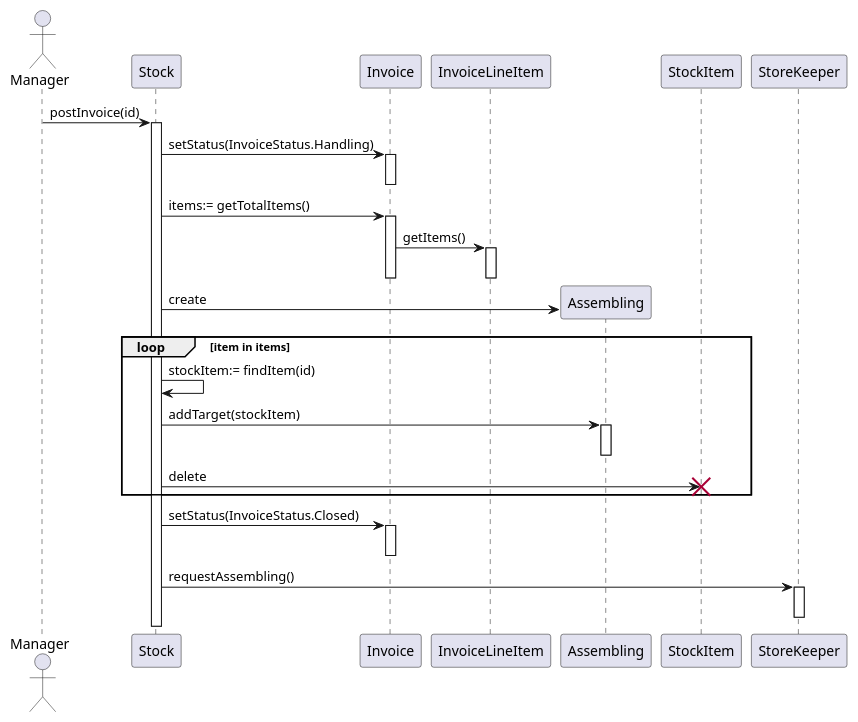
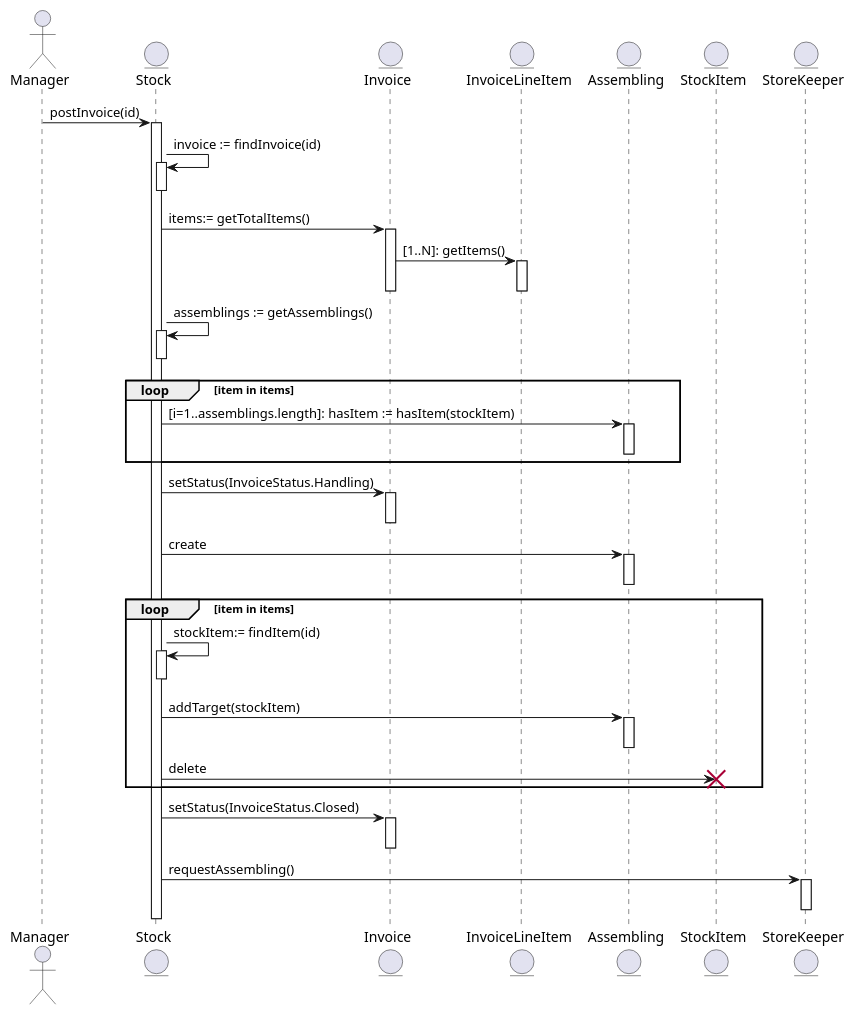
The diagram in warehouse/Прецеденты/Списание товара/диаграмма_последовательности_списание_товара.md (penamarth/bsbo-02-21_team5_var6_sklad), drawn with PlantUML before and after one commit.

Commit message:
Изменена диаграмма последовательности для списания товара

````diff
--- a/warehouse/Прецеденты/Списание товара/диаграмма_последовательности_списание_товара.md
+++ b/warehouse/Прецеденты/Списание товара/диаграмма_последовательности_списание_товара.md
@@ -1,40 +1,48 @@
 ```plantuml
 
 @startuml
 
 actor Manager
-participant Stock
-participant Invoice
-participant InvoiceLineItem
-participant Assembling
-participant StockItem
-participant StoreKeeper
+entity Stock
+entity Invoice
+entity InvoiceLineItem
+entity Assembling
+entity StockItem
+entity StoreKeeper
 
 Manager -> Stock ++ : postInvoice(id)
+Stock -> Stock ++-- : invoice := findInvoice(id)
+Stock -> Invoice : items:= getTotalItems()
+activate Invoice
+Invoice -> InvoiceLineItem : [1..N]: getItems()
+activate InvoiceLineItem
+deactivate InvoiceLineItem
+deactivate Invoice
+Stock -> Stock ++--: assemblings := getAssemblings()
+deactivate Assembling
+loop item in items 
+  Stock -> Assembling ++ : [i=1..assemblings.length]: hasItem := hasItem(stockItem)
+  deactivate Assembling
+end
 Stock -> Invoice : setStatus(InvoiceStatus.Handling)
 activate Invoice
 deactivate Invoice
-Stock -> Invoice : items:= getTotalItems()
-activate Invoice
-Invoice -> InvoiceLineItem : getItems()
-activate InvoiceLineItem
-deactivate InvoiceLineItem
-deactivate Invoice
-Stock -> Assembling ** : create
+Stock -> Assembling ++ : create
+deactivate Assembling
 loop item in items
-  Stock -> Stock : stockItem:= findItem(id)
+  Stock -> Stock ++-- : stockItem:= findItem(id)
   Stock -> Assembling : addTarget(stockItem)
   activate Assembling
   deactivate Assembling
   Stock -> StockItem !! : delete
 end
 Stock -> Invoice : setStatus(InvoiceStatus.Closed) 
 activate Invoice
 deactivate Invoice
 Stock -> StoreKeeper : requestAssembling()
 activate StoreKeeper
 deactivate StoreKeeper
 
 @enduml
 
 ```
````
